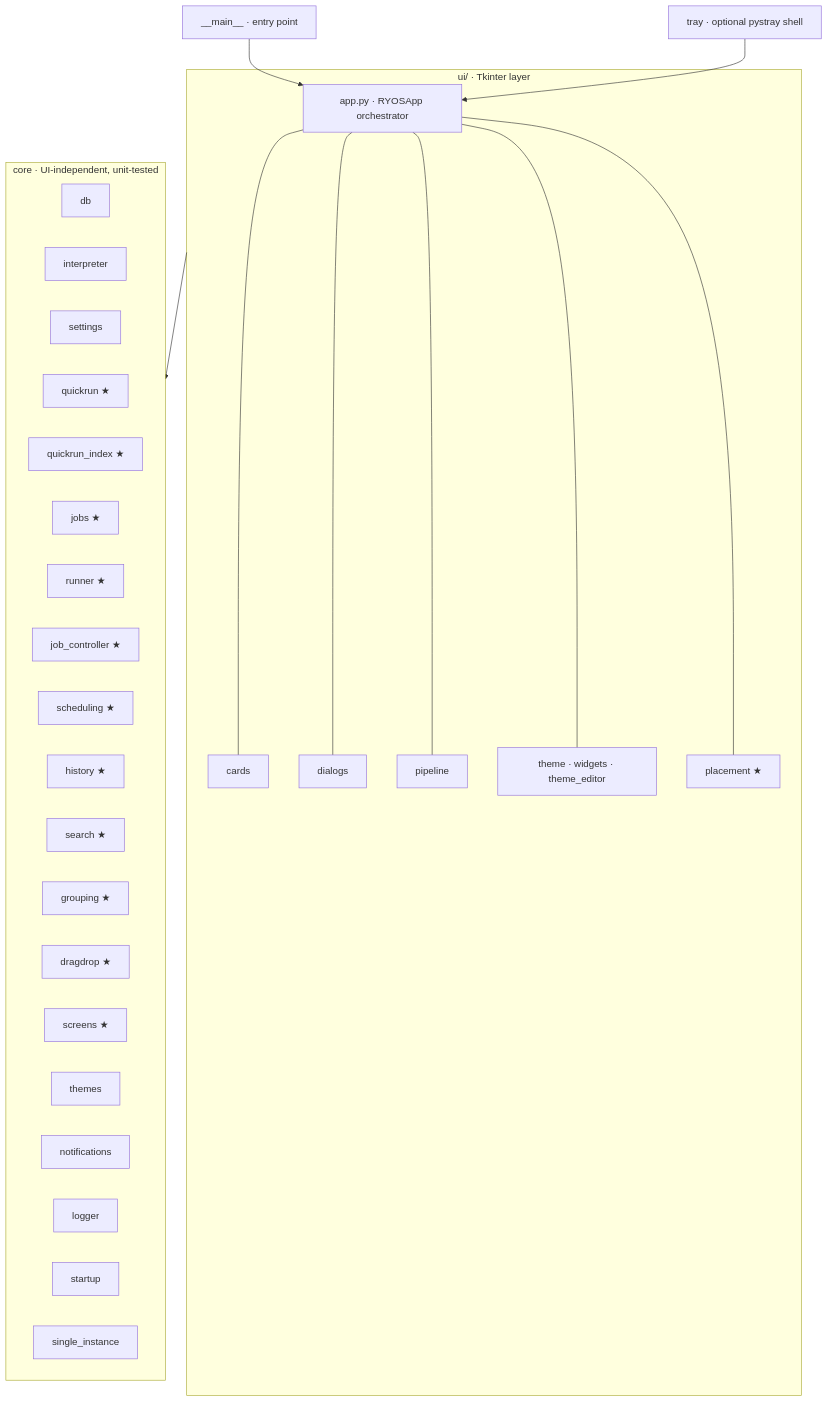
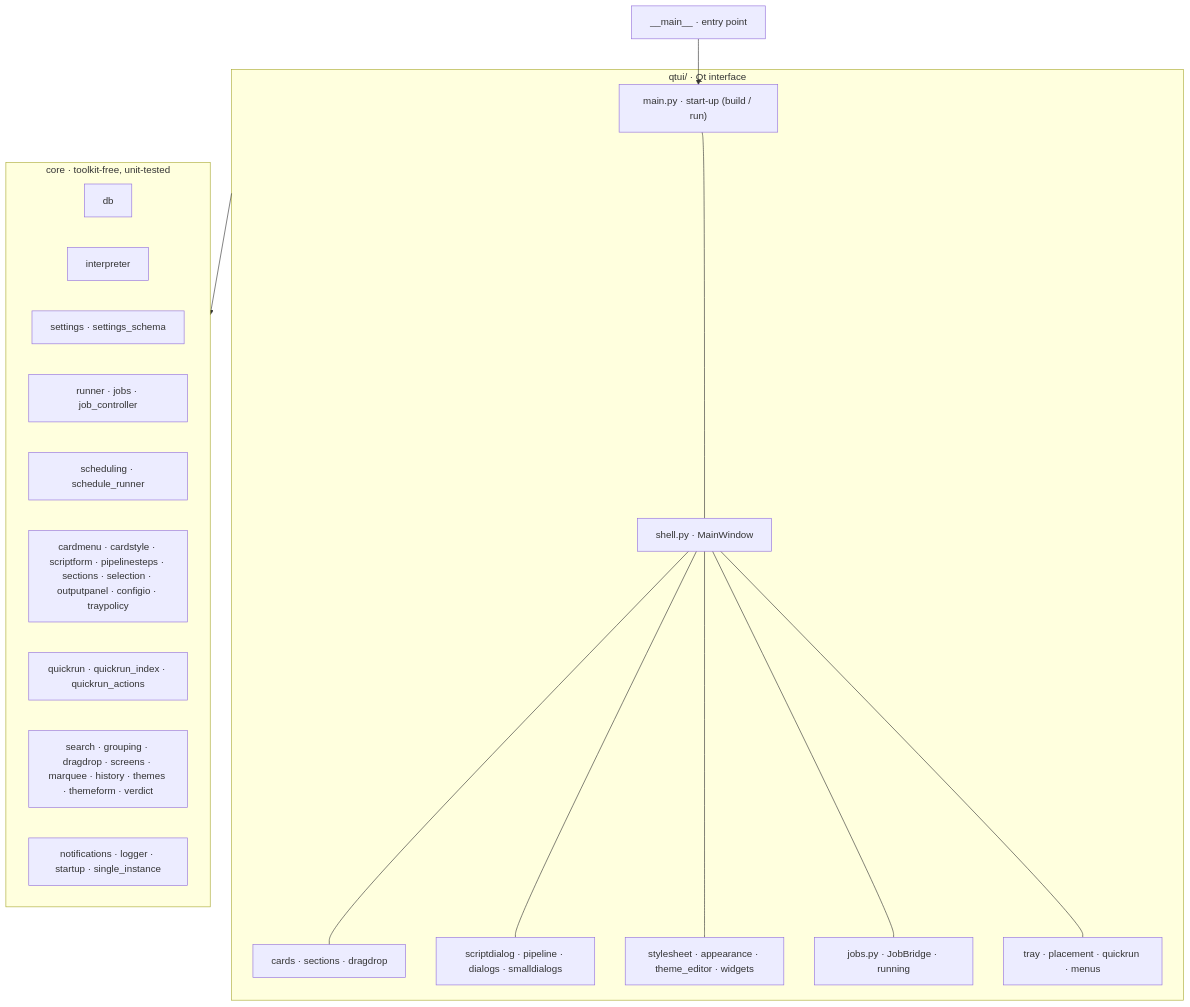
The diagram in docs/ARCHITECTURE.md (lqvu-zen/RYOS), drawn with Mermaid before and after one commit. The commit also changed other lines of this file and 50 other files, not shown here.

````diff
--- a/docs/ARCHITECTURE.md
+++ b/docs/ARCHITECTURE.md
@@ -8,44 +8,34 @@
 ```mermaid
 flowchart TD
-    main["__main__ · entry point"] --> app
+    main["__main__ · entry point"] --> qtmain
 
-    subgraph ui["ui/ · Tkinter layer"]
-        app["app.py · RYOSApp orchestrator"]
-        cards["cards"]
-        dialogs["dialogs"]
-        pipeline["pipeline"]
-        theme["theme · widgets · theme_editor"]
-        placement["placement ★"]
-        app --- cards
-        app --- dialogs
-        app --- pipeline
-        app --- theme
-        app --- placement
+    subgraph ui["qtui/ · Qt interface"]
+        qtmain["main.py · start-up (build / run)"]
+        shell["shell.py · MainWindow"]
+        cards["cards · sections · dragdrop"]
+        dialogs["scriptdialog · pipeline · dialogs · smalldialogs"]
+        look["stylesheet · appearance · theme_editor · widgets"]
+        bridge["jobs.py · JobBridge · running"]
+        tray["tray · placement · quickrun · menus"]
+        qtmain --- shell
+        shell --- cards
+        shell --- dialogs
+        shell --- look
+        shell --- bridge
+        shell --- tray
     end
 
-    subgraph core["core · UI-independent, unit-tested"]
+    subgraph core["core · toolkit-free, unit-tested"]
         db["db"]
         interpreter["interpreter"]
-        settings["settings"]
-        quickrun["quickrun ★"]
-        quickrun_index["quickrun_index ★"]
-        jobs["jobs ★"]
-        runner["runner ★"]
-        job_controller["job_controller ★"]
-        scheduling["scheduling ★"]
-        history["history ★"]
-        search["search ★"]
-        grouping["grouping ★"]
-        dragdrop["dragdrop ★"]
-        screens["screens ★"]
-        themes["themes"]
-        notifications["notifications"]
-        logger["logger"]
-        startup["startup"]
-        single_instance["single_instance"]
+        settings["settings · settings_schema"]
+        run["runner · jobs · job_controller"]
+        sched["scheduling · schedule_runner"]
+        rules["cardmenu · cardstyle · scriptform · pipelinesteps · sections · selection · outputpanel · configio · traypolicy"]
+        quickrun["quickrun · quickrun_index · quickrun_actions"]
+        misc["search · grouping · dragdrop · screens · marquee · history · themes · themeform · verdict"]
+        infra["notifications · logger · startup · single_instance"]
     end
-
-    tray["tray · optional pystray shell"] --> app
 
     ui --> core
 ```
````
